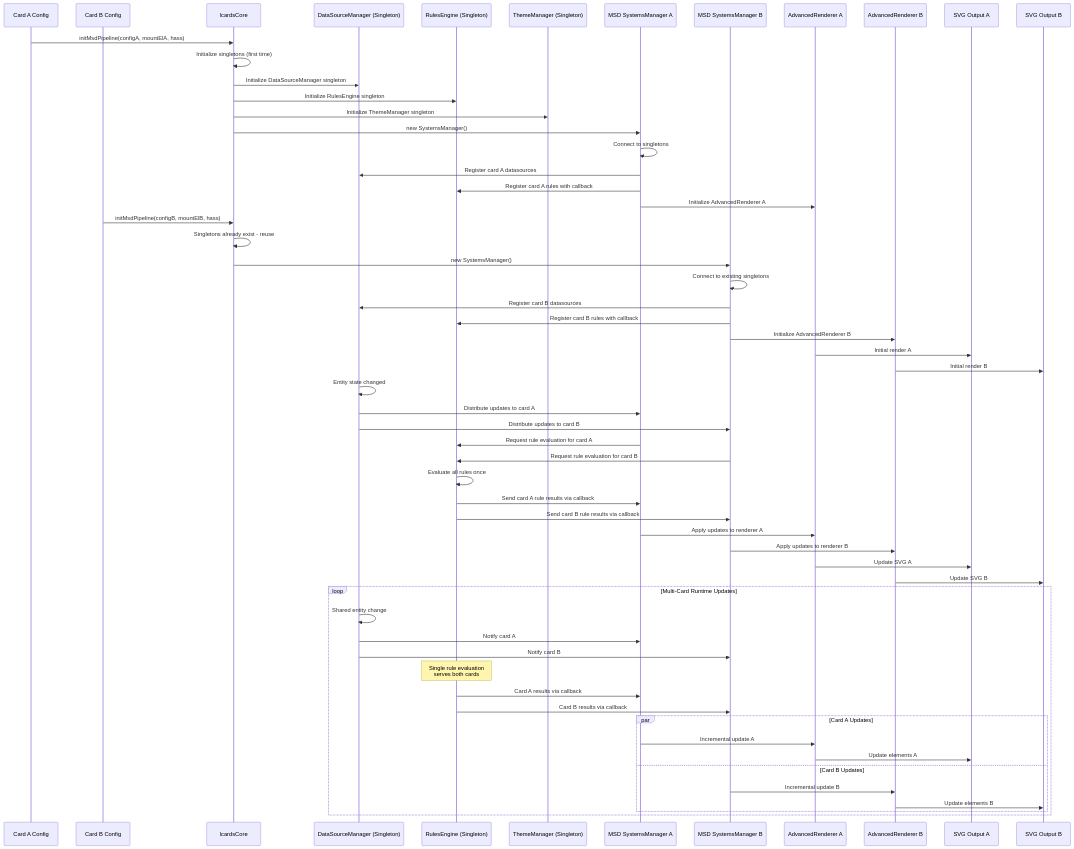
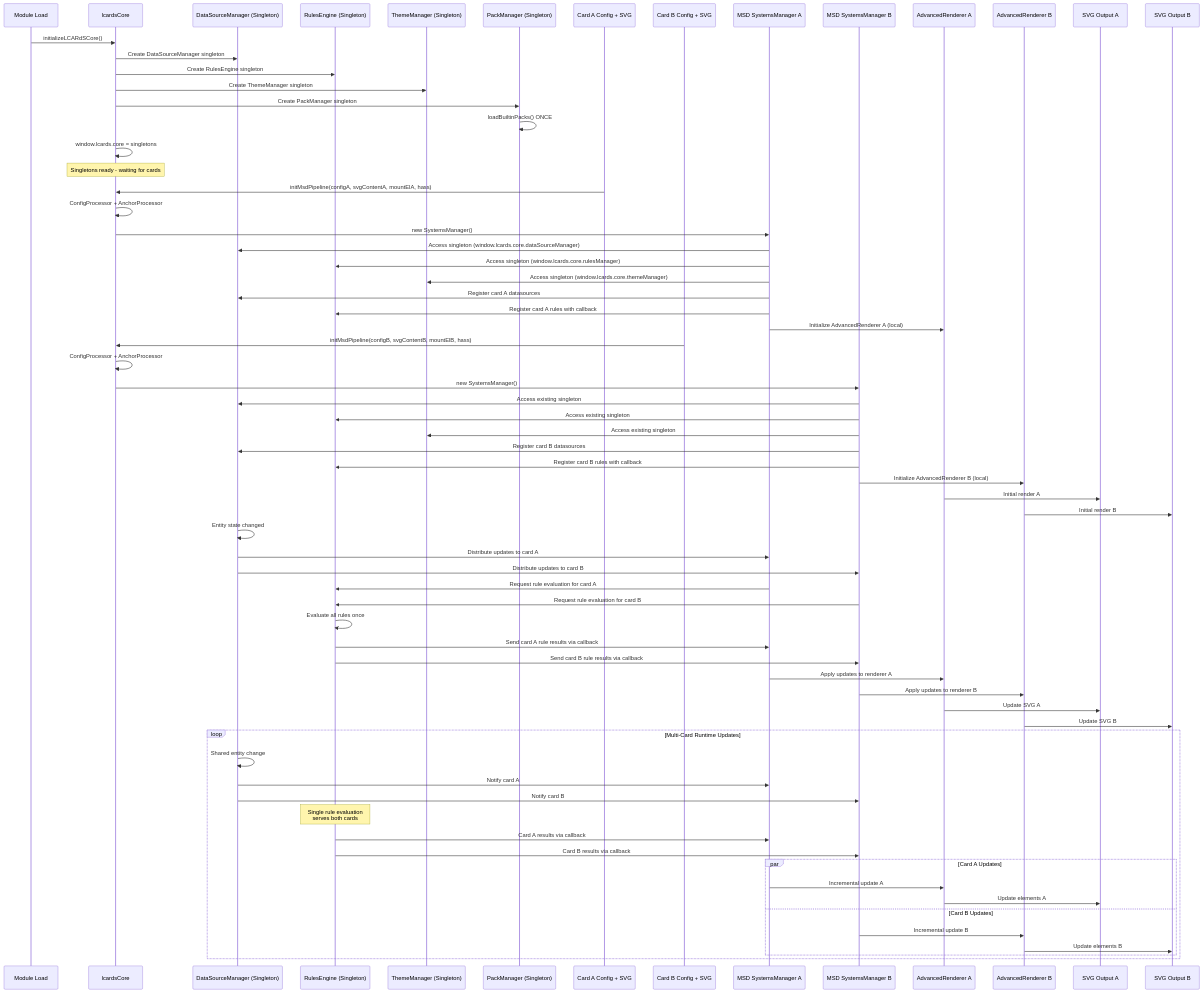
One commit to snootched/lcards changed the second of 11 diagrams in doc/architecture/diagrams/msd-flow-part-1.md. Above: the diagram before and after it, drawn with Mermaid. The commit also changed other lines of this file and 1 other file, not shown here.

Commit message:
Fix architecture diagrams: remove card-initiated singleton creation

````diff
--- a/doc/architecture/diagrams/msd-flow-part-1.md
+++ b/doc/architecture/diagrams/msd-flow-part-1.md
@@ -155,11 +170,13 @@
 ```mermaid
 sequenceDiagram
-    participant UserA as Card A Config
-    participant UserB as Card B Config
+    participant ModLoad as Module Load
     participant Core as lcardsCore
     participant DSM as DataSourceManager (Singleton)
     participant RE as RulesEngine (Singleton)
     participant TM as ThemeManager (Singleton)
+    participant PM as PackManager (Singleton)
+    participant UserA as Card A Config + SVG
+    participant UserB as Card B Config + SVG
     participant SysA as MSD SystemsManager A
     participant SysB as MSD SystemsManager B
     participant RendA as AdvancedRenderer A
@@ -167,28 +184,42 @@
     participant SVGA as SVG Output A
     participant SVGB as SVG Output B
 
+    %% Module load - ONE TIME initialization
+    ModLoad->>Core: initializeLCARdSCore()
+    Core->>DSM: Create DataSourceManager singleton
+    Core->>RE: Create RulesEngine singleton
+    Core->>TM: Create ThemeManager singleton
+    Core->>PM: Create PackManager singleton
+    PM->>PM: loadBuiltinPacks() ONCE
+    Core->>Core: window.lcards.core = singletons
+    
+    Note over Core: Singletons ready - waiting for cards
+
     %% First card initialization
-    UserA->>Core: initMsdPipeline(configA, mountElA, hass)
-    Core->>Core: Initialize singletons (first time)
-    Core->>DSM: Initialize DataSourceManager singleton
-    Core->>RE: Initialize RulesEngine singleton
-    Core->>TM: Initialize ThemeManager singleton
-
+    UserA->>Core: initMsdPipeline(configA, svgContentA, mountElA, hass)
+    Core->>Core: ConfigProcessor + AnchorProcessor
+    
     Core->>SysA: new SystemsManager()
-    SysA->>SysA: Connect to singletons
+    SysA->>DSM: Access singleton (window.lcards.core.dataSourceManager)
+    SysA->>RE: Access singleton (window.lcards.core.rulesManager)
+    SysA->>TM: Access singleton (window.lcards.core.themeManager)
+    
     SysA->>DSM: Register card A datasources
     SysA->>RE: Register card A rules with callback
-    SysA->>RendA: Initialize AdvancedRenderer A
+    SysA->>RendA: Initialize AdvancedRenderer A (local)
 
     %% Second card initialization
-    UserB->>Core: initMsdPipeline(configB, mountElB, hass)
-    Core->>Core: Singletons already exist - reuse
-
+    UserB->>Core: initMsdPipeline(configB, svgContentB, mountElB, hass)
+    Core->>Core: ConfigProcessor + AnchorProcessor
+    
     Core->>SysB: new SystemsManager()
-    SysB->>SysB: Connect to existing singletons
+    SysB->>DSM: Access existing singleton
+    SysB->>RE: Access existing singleton
+    SysB->>TM: Access existing singleton
+    
     SysB->>DSM: Register card B datasources
     SysB->>RE: Register card B rules with callback
-    SysB->>RendB: Initialize AdvancedRenderer B
+    SysB->>RendB: Initialize AdvancedRenderer B (local)
 
     %% Initial render
     RendA->>SVGA: Initial render A
````
